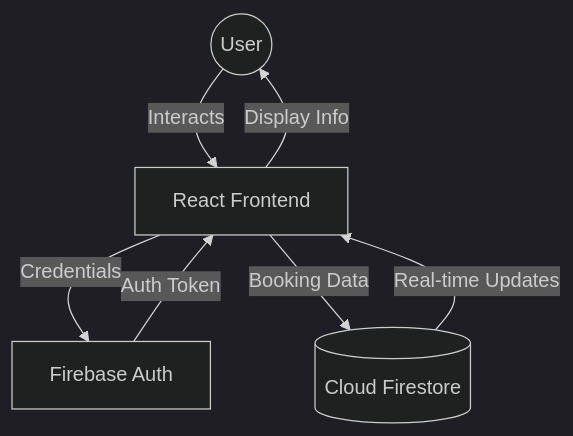
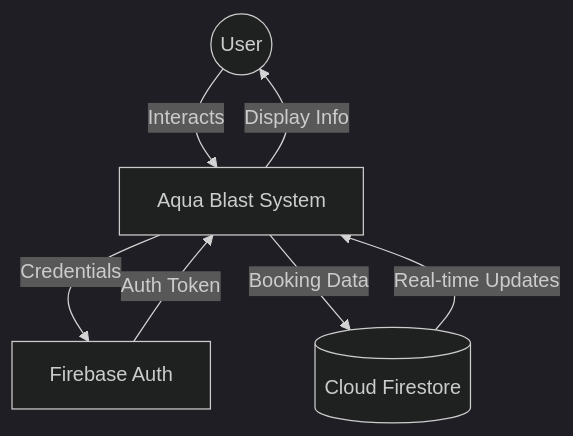
Before and after one commit to darbarrahul9999/aquablast-project: the second of 4 diagrams in README.md, drawn with Mermaid (dark theme). The commit also changed other lines of this file, not shown here.

````diff
--- a/README.md
+++ b/README.md
@@ -103,14 +121,14 @@
 ```mermaid
 graph TD
     User((User))
-    UI[React Frontend]
+    UI[Aqua Blast System]
     Auth[Firebase Auth]
     DB[(Cloud Firestore)]
 
     User -- Interacts --> UI
     UI -- Credentials --> Auth
     Auth -- Auth Token --> UI
     UI -- Booking Data --> DB
     DB -- Real-time Updates --> UI
     UI -- Display Info --> User
 ```
````
